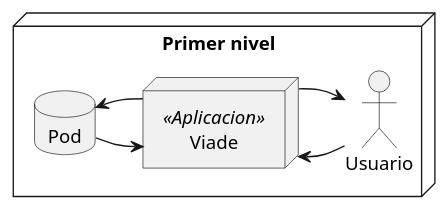
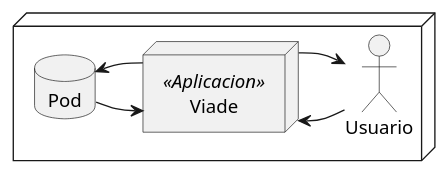
One commit to Arquisoft/viade_es1a changed the first of 5 diagrams in src/docs/05_building_block_view.adoc. Above: the diagram before and after it, drawn with PlantUML. The commit also changed other lines of this file, not shown here.

```diff
--- a/src/docs/05_building_block_view.adoc
+++ b/src/docs/05_building_block_view.adoc
@@ -8,15 +8,15 @@
 [plantuml,Primer nivel,png]
 ----
 @startuml
-node "Primer nivel"{
+node {
 actor Usuario
 node Viade <<Aplicacion>> as Viade
 database Pod
 
 Usuario ->  Viade
 Viade ->  Usuario
 Pod -> Viade
 Viade  -right-> Pod
 }
 @enduml
 ----
```
